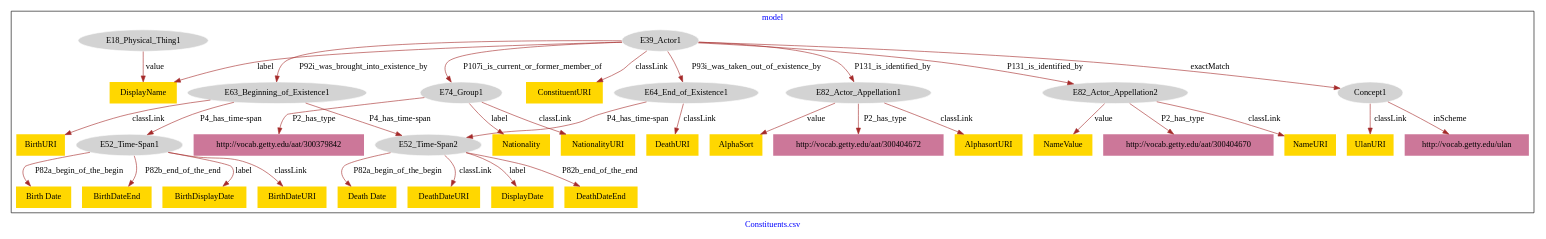
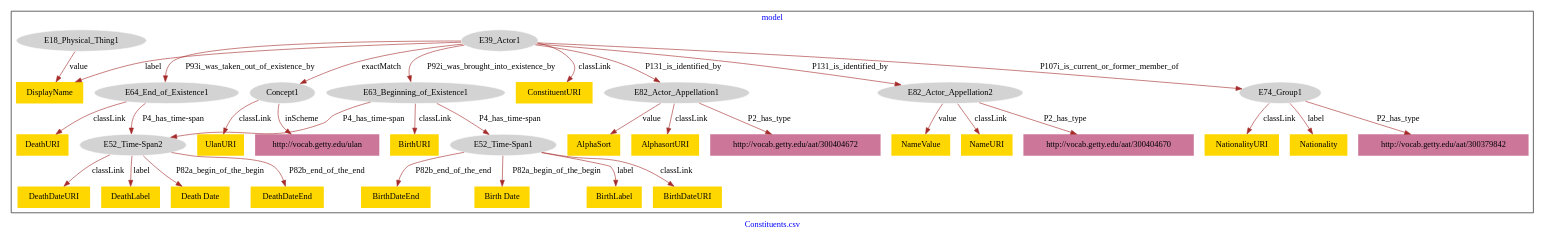
One commit to american-art/GM changed the diagram in Constituents_institutions/Constituents_institutions-model.dot. Above: the diagram before and after it, drawn with Graphviz.

Commit message:
Update file Constituents_institutions-model.dot

```diff
--- a/Constituents_institutions/Constituents_institutions-model.dot
+++ b/Constituents_institutions/Constituents_institutions-model.dot
@@ -1,74 +1,74 @@
 digraph n0 {
 fontcolor="blue"
 remincross="true"
 label="Constituents.csv"
 subgraph cluster {
 label="model"
-n2[style="filled",color="white",fillcolor="lightgray",label="E64_End_of_Existence1"];
-n3[shape="plaintext",style="filled",fillcolor="gold",label="DeathURI"];
-n4[style="filled",color="white",fillcolor="lightgray",label="E82_Actor_Appellation1"];
-n5[shape="plaintext",style="filled",fillcolor="#CC7799",label="http://vocab.getty.edu/aat/300404672"];
-n6[style="filled",color="white",fillcolor="lightgray",label="E39_Actor1"];
-n7[style="filled",color="white",fillcolor="lightgray",label="E82_Actor_Appellation2"];
-n8[style="filled",color="white",fillcolor="lightgray",label="E52_Time-Span1"];
-n9[shape="plaintext",style="filled",fillcolor="gold",label="Birth Date"];
-n10[shape="plaintext",style="filled",fillcolor="gold",label="BirthDateEnd"];
-n11[shape="plaintext",style="filled",fillcolor="gold",label="BirthDisplayDate"];
-n12[shape="plaintext",style="filled",fillcolor="gold",label="AlphasortURI"];
-n13[style="filled",color="white",fillcolor="lightgray",label="E52_Time-Span2"];
-n14[shape="plaintext",style="filled",fillcolor="gold",label="Death Date"];
-n15[style="filled",color="white",fillcolor="lightgray",label="E18_Physical_Thing1"];
-n16[shape="plaintext",style="filled",fillcolor="gold",label="DisplayName"];
-n17[style="filled",color="white",fillcolor="lightgray",label="Concept1"];
-n18[shape="plaintext",style="filled",fillcolor="gold",label="UlanURI"];
-n19[style="filled",color="white",fillcolor="lightgray",label="E63_Beginning_of_Existence1"];
-n20[shape="plaintext",style="filled",fillcolor="#CC7799",label="http://vocab.getty.edu/aat/300404670"];
-n21[shape="plaintext",style="filled",fillcolor="gold",label="BirthURI"];
-n22[shape="plaintext",style="filled",fillcolor="gold",label="NameURI"];
-n23[style="filled",color="white",fillcolor="lightgray",label="E74_Group1"];
-n24[shape="plaintext",style="filled",fillcolor="gold",label="Nationality"];
-n25[shape="plaintext",style="filled",fillcolor="gold",label="NameValue"];
-n26[shape="plaintext",style="filled",fillcolor="gold",label="NationalityURI"];
-n27[shape="plaintext",style="filled",fillcolor="gold",label="ConstituentURI"];
-n28[shape="plaintext",style="filled",fillcolor="gold",label="DeathDateURI"];
-n29[shape="plaintext",style="filled",fillcolor="gold",label="DisplayDate"];
-n30[shape="plaintext",style="filled",fillcolor="#CC7799",label="http://vocab.getty.edu/ulan"];
-n31[shape="plaintext",style="filled",fillcolor="gold",label="AlphaSort"];
+n2[style="filled",color="white",fillcolor="lightgray",label="E82_Actor_Appellation1"];
+n3[shape="plaintext",style="filled",fillcolor="#CC7799",label="http://vocab.getty.edu/aat/300404672"];
+n4[style="filled",color="white",fillcolor="lightgray",label="E39_Actor1"];
+n5[style="filled",color="white",fillcolor="lightgray",label="E64_End_of_Existence1"];
+n6[style="filled",color="white",fillcolor="lightgray",label="E52_Time-Span1"];
+n7[shape="plaintext",style="filled",fillcolor="gold",label="BirthDateEnd"];
+n8[shape="plaintext",style="filled",fillcolor="gold",label="Birth Date"];
+n9[style="filled",color="white",fillcolor="lightgray",label="E52_Time-Span2"];
+n10[shape="plaintext",style="filled",fillcolor="gold",label="DeathDateURI"];
+n11[style="filled",color="white",fillcolor="lightgray",label="E82_Actor_Appellation2"];
+n12[shape="plaintext",style="filled",fillcolor="gold",label="DeathURI"];
+n13[shape="plaintext",style="filled",fillcolor="gold",label="DeathLabel"];
+n14[style="filled",color="white",fillcolor="lightgray",label="E74_Group1"];
+n15[shape="plaintext",style="filled",fillcolor="#CC7799",label="http://vocab.getty.edu/aat/300379842"];
+n16[shape="plaintext",style="filled",fillcolor="gold",label="NationalityURI"];
+n17[shape="plaintext",style="filled",fillcolor="gold",label="AlphaSort"];
+n18[shape="plaintext",style="filled",fillcolor="gold",label="Nationality"];
+n19[shape="plaintext",style="filled",fillcolor="gold",label="BirthLabel"];
+n20[style="filled",color="white",fillcolor="lightgray",label="Concept1"];
+n21[style="filled",color="white",fillcolor="lightgray",label="E63_Beginning_of_Existence1"];
+n22[shape="plaintext",style="filled",fillcolor="gold",label="DisplayName"];
+n23[shape="plaintext",style="filled",fillcolor="#CC7799",label="http://vocab.getty.edu/aat/300404670"];
+n24[shape="plaintext",style="filled",fillcolor="gold",label="Death Date"];
+n25[shape="plaintext",style="filled",fillcolor="gold",label="BirthDateURI"];
+n26[shape="plaintext",style="filled",fillcolor="gold",label="BirthURI"];
+n27[shape="plaintext",style="filled",fillcolor="gold",label="NameValue"];
+n28[style="filled",color="white",fillcolor="lightgray",label="E18_Physical_Thing1"];
+n29[shape="plaintext",style="filled",fillcolor="gold",label="ConstituentURI"];
+n30[shape="plaintext",style="filled",fillcolor="gold",label="AlphasortURI"];
+n31[shape="plaintext",style="filled",fillcolor="gold",label="UlanURI"];
 n32[shape="plaintext",style="filled",fillcolor="gold",label="DeathDateEnd"];
-n33[shape="plaintext",style="filled",fillcolor="gold",label="BirthDateURI"];
-n34[shape="plaintext",style="filled",fillcolor="#CC7799",label="http://vocab.getty.edu/aat/300379842"];
+n33[shape="plaintext",style="filled",fillcolor="#CC7799",label="http://vocab.getty.edu/ulan"];
+n34[shape="plaintext",style="filled",fillcolor="gold",label="NameURI"];
 }
-n2 -> n3[color="brown",fontcolor="black",label="classLink"]
-n4 -> n5[color="brown",fontcolor="black",label="P2_has_type"]
-n6 -> n2[color="brown",fontcolor="black",label="P93i_was_taken_out_of_existence_by"]
-n6 -> n7[color="brown",fontcolor="black",label="P131_is_identified_by"]
-n8 -> n9[color="brown",fontcolor="black",label="P82a_begin_of_the_begin"]
-n6 -> n4[color="brown",fontcolor="black",label="P131_is_identified_by"]
-n8 -> n10[color="brown",fontcolor="black",label="P82b_end_of_the_end"]
-n8 -> n11[color="brown",fontcolor="black",label="label"]
-n4 -> n12[color="brown",fontcolor="black",label="classLink"]
-n13 -> n14[color="brown",fontcolor="black",label="P82a_begin_of_the_begin"]
-n15 -> n16[color="brown",fontcolor="black",label="value"]
-n17 -> n18[color="brown",fontcolor="black",label="classLink"]
-n6 -> n17[color="brown",fontcolor="black",label="exactMatch"]
-n19 -> n8[color="brown",fontcolor="black",label="P4_has_time-span"]
-n7 -> n20[color="brown",fontcolor="black",label="P2_has_type"]
-n19 -> n13[color="brown",fontcolor="black",label="P4_has_time-span"]
-n19 -> n21[color="brown",fontcolor="black",label="classLink"]
-n7 -> n22[color="brown",fontcolor="black",label="classLink"]
-n23 -> n24[color="brown",fontcolor="black",label="label"]
-n7 -> n25[color="brown",fontcolor="black",label="value"]
-n23 -> n26[color="brown",fontcolor="black",label="classLink"]
-n6 -> n19[color="brown",fontcolor="black",label="P92i_was_brought_into_existence_by"]
-n6 -> n27[color="brown",fontcolor="black",label="classLink"]
-n13 -> n28[color="brown",fontcolor="black",label="classLink"]
-n13 -> n29[color="brown",fontcolor="black",label="label"]
-n6 -> n23[color="brown",fontcolor="black",label="P107i_is_current_or_former_member_of"]
-n6 -> n16[color="brown",fontcolor="black",label="label"]
-n17 -> n30[color="brown",fontcolor="black",label="inScheme"]
-n2 -> n13[color="brown",fontcolor="black",label="P4_has_time-span"]
-n4 -> n31[color="brown",fontcolor="black",label="value"]
-n13 -> n32[color="brown",fontcolor="black",label="P82b_end_of_the_end"]
-n8 -> n33[color="brown",fontcolor="black",label="classLink"]
-n23 -> n34[color="brown",fontcolor="black",label="P2_has_type"]
+n2 -> n3[color="brown",fontcolor="black",label="P2_has_type"]
+n4 -> n5[color="brown",fontcolor="black",label="P93i_was_taken_out_of_existence_by"]
+n6 -> n7[color="brown",fontcolor="black",label="P82b_end_of_the_end"]
+n6 -> n8[color="brown",fontcolor="black",label="P82a_begin_of_the_begin"]
+n9 -> n10[color="brown",fontcolor="black",label="classLink"]
+n4 -> n11[color="brown",fontcolor="black",label="P131_is_identified_by"]
+n4 -> n2[color="brown",fontcolor="black",label="P131_is_identified_by"]
+n5 -> n12[color="brown",fontcolor="black",label="classLink"]
+n9 -> n13[color="brown",fontcolor="black",label="label"]
+n14 -> n15[color="brown",fontcolor="black",label="P2_has_type"]
+n14 -> n16[color="brown",fontcolor="black",label="classLink"]
+n2 -> n17[color="brown",fontcolor="black",label="value"]
+n14 -> n18[color="brown",fontcolor="black",label="label"]
+n6 -> n19[color="brown",fontcolor="black",label="label"]
+n4 -> n20[color="brown",fontcolor="black",label="exactMatch"]
+n21 -> n6[color="brown",fontcolor="black",label="P4_has_time-span"]
+n4 -> n22[color="brown",fontcolor="black",label="label"]
+n11 -> n23[color="brown",fontcolor="black",label="P2_has_type"]
+n21 -> n9[color="brown",fontcolor="black",label="P4_has_time-span"]
+n9 -> n24[color="brown",fontcolor="black",label="P82a_begin_of_the_begin"]
+n6 -> n25[color="brown",fontcolor="black",label="classLink"]
+n21 -> n26[color="brown",fontcolor="black",label="classLink"]
+n11 -> n27[color="brown",fontcolor="black",label="value"]
+n4 -> n21[color="brown",fontcolor="black",label="P92i_was_brought_into_existence_by"]
+n28 -> n22[color="brown",fontcolor="black",label="value"]
+n4 -> n29[color="brown",fontcolor="black",label="classLink"]
+n2 -> n30[color="brown",fontcolor="black",label="classLink"]
+n20 -> n31[color="brown",fontcolor="black",label="classLink"]
+n9 -> n32[color="brown",fontcolor="black",label="P82b_end_of_the_end"]
+n4 -> n14[color="brown",fontcolor="black",label="P107i_is_current_or_former_member_of"]
+n20 -> n33[color="brown",fontcolor="black",label="inScheme"]
+n5 -> n9[color="brown",fontcolor="black",label="P4_has_time-span"]
+n11 -> n34[color="brown",fontcolor="black",label="classLink"]
 }
```
